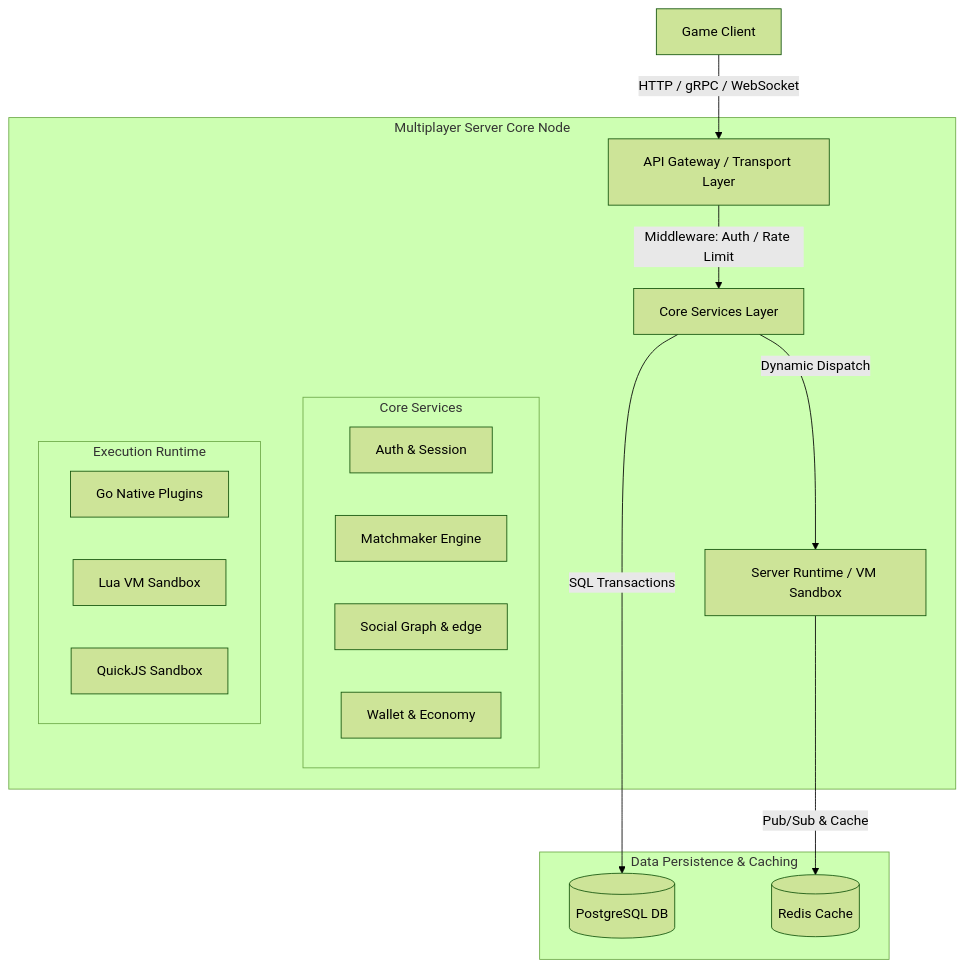
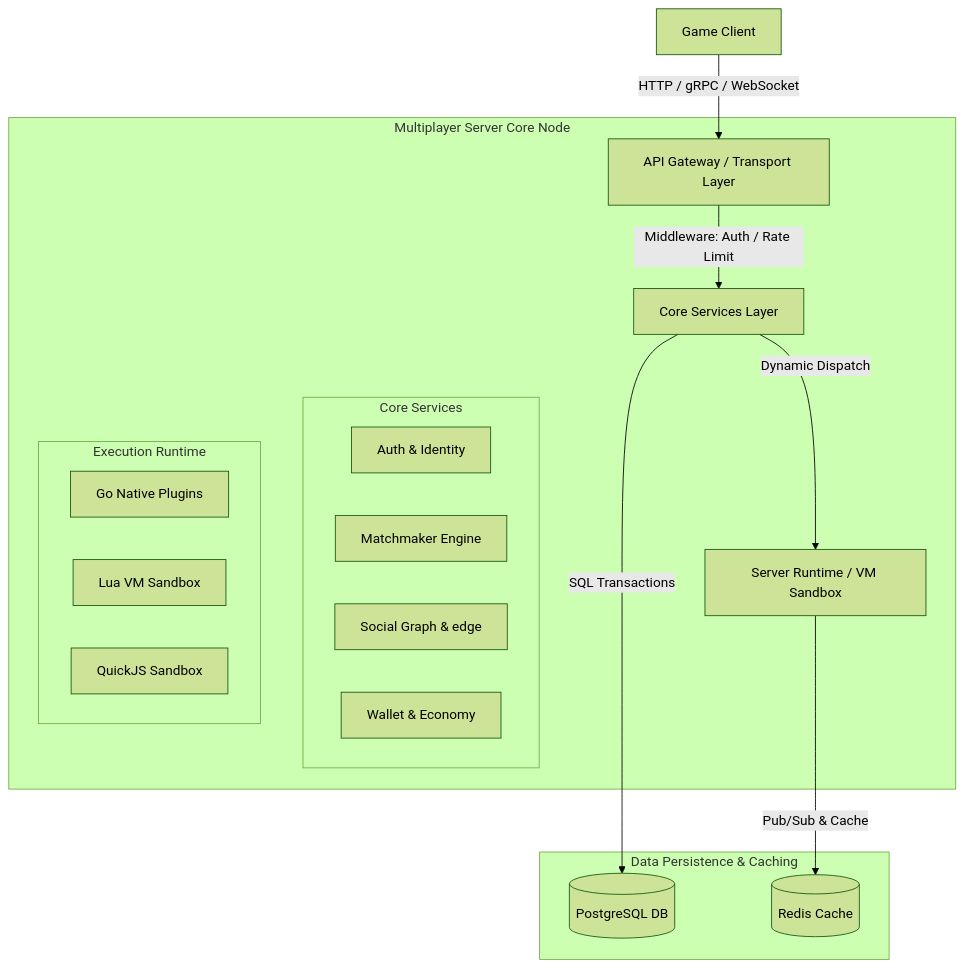
One commit to BornToBuildGame/documents changed the first of 2 diagrams in Architecture/SAD.md. Above: the diagram before and after it, drawn with Mermaid (forest theme). The commit also changed other lines of this file and 15 other files, not shown here.

Commit message:
- update database design + TDD + multi node architecture

````diff
--- a/Architecture/SAD.md
+++ b/Architecture/SAD.md
@@ -22,27 +22,27 @@
 ```mermaid
 graph TD
     Client[Game Client] -->|HTTP / gRPC / WebSocket| Gateway[API Gateway / Transport Layer]
     
     subgraph Server Node [Multiplayer Server Core Node]
         Gateway -->|Middleware: Auth / Rate Limit| CoreServices[Core Services Layer]
         CoreServices -->|Dynamic Dispatch| Runtime[Server Runtime / VM Sandbox]
         
         subgraph CoreServicesLayer [Core Services]
-            Auth[Auth & Session]
+            Auth[Auth & Identity]
             Matchmaker[Matchmaker Engine]
             Social[Social Graph & edge]
             Wallet[Wallet & Economy]
         end
         
         subgraph RuntimeLayer [Execution Runtime]
             GoPlugins[Go Native Plugins]
             LuaVM[Lua VM Sandbox]
             JSVM[QuickJS Sandbox]
         end
     end
     
     subgraph Data Layer [Data Persistence & Caching]
         CoreServices -->|SQL Transactions| PostgreSQL[(PostgreSQL DB)]
         Runtime -->|Pub/Sub & Cache| Redis[(Redis Cache)]
     end
 ```
````
